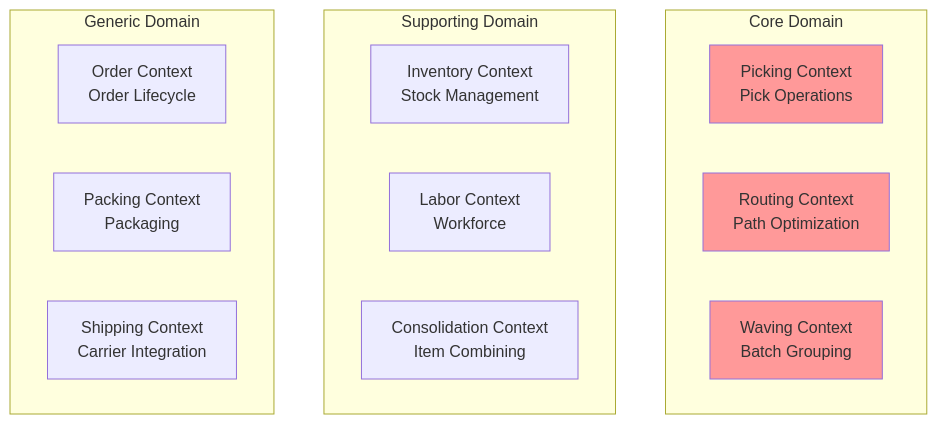
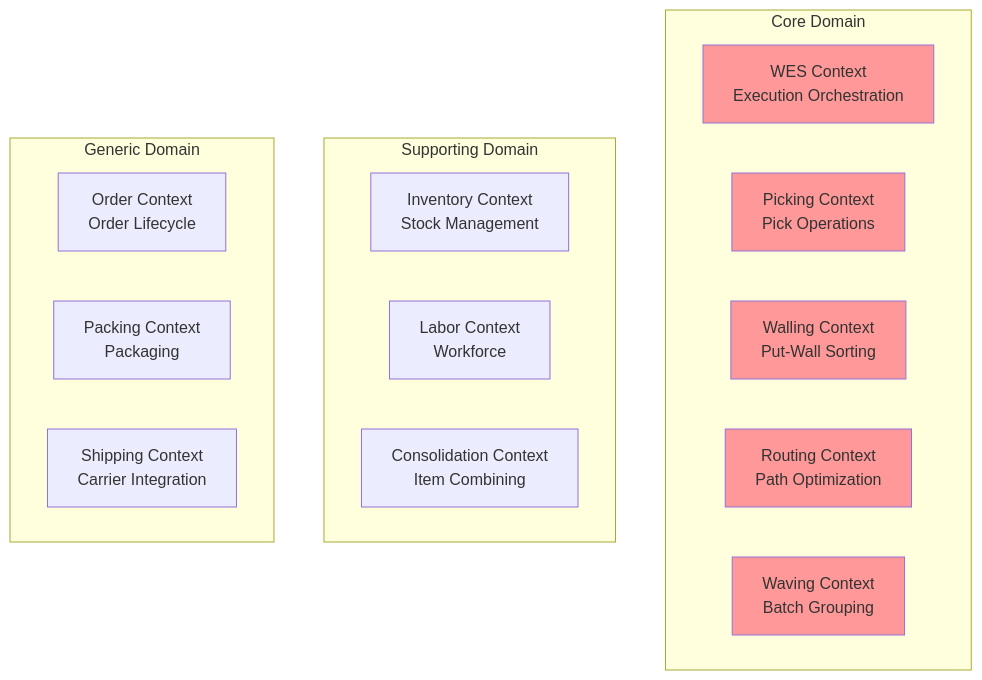
The first of 12 diagrams in ecosystem-documentation/docs/domain-driven-design/bounded-contexts.md (temporal-wms/wms-platform), drawn with Mermaid before and after one commit. The commit also changed other lines of this file and 23 other files, not shown here.

First line of the commit message:
fix: add walling-service and wes-service to deployment pipeline

````diff
--- a/ecosystem-documentation/docs/domain-driven-design/bounded-contexts.md
+++ b/ecosystem-documentation/docs/domain-driven-design/bounded-contexts.md
@@ -11,24 +11,28 @@
 ```mermaid
 graph TB
     subgraph "Core Domain"
+        WES[WES Context<br/>Execution Orchestration]
         Picking[Picking Context<br/>Pick Operations]
+        Walling[Walling Context<br/>Put-Wall Sorting]
         Routing[Routing Context<br/>Path Optimization]
         Waving[Waving Context<br/>Batch Grouping]
     end
 
     subgraph "Supporting Domain"
         Inventory[Inventory Context<br/>Stock Management]
         Labor[Labor Context<br/>Workforce]
         Consolidation[Consolidation Context<br/>Item Combining]
     end
 
     subgraph "Generic Domain"
         Order[Order Context<br/>Order Lifecycle]
         Packing[Packing Context<br/>Packaging]
         Shipping[Shipping Context<br/>Carrier Integration]
     end
 
+    style WES fill:#ff9999
     style Picking fill:#ff9999
+    style Walling fill:#ff9999
     style Routing fill:#ff9999
     style Waving fill:#ff9999
 ```
````
